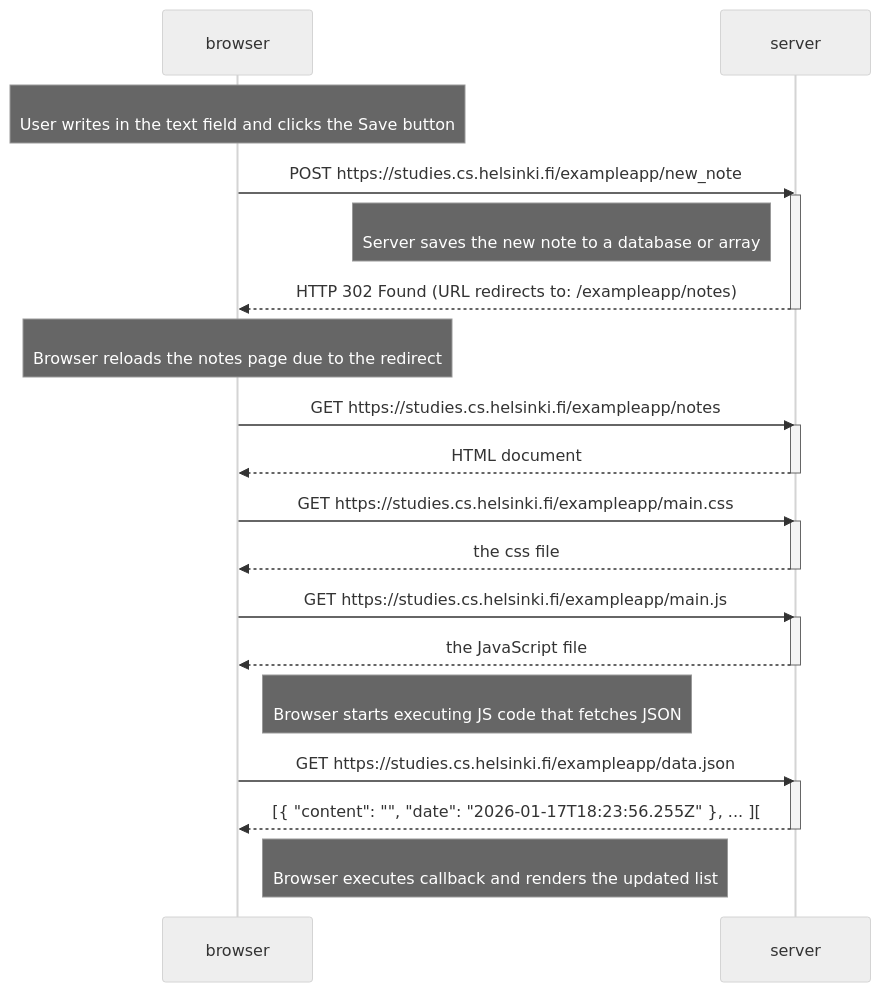
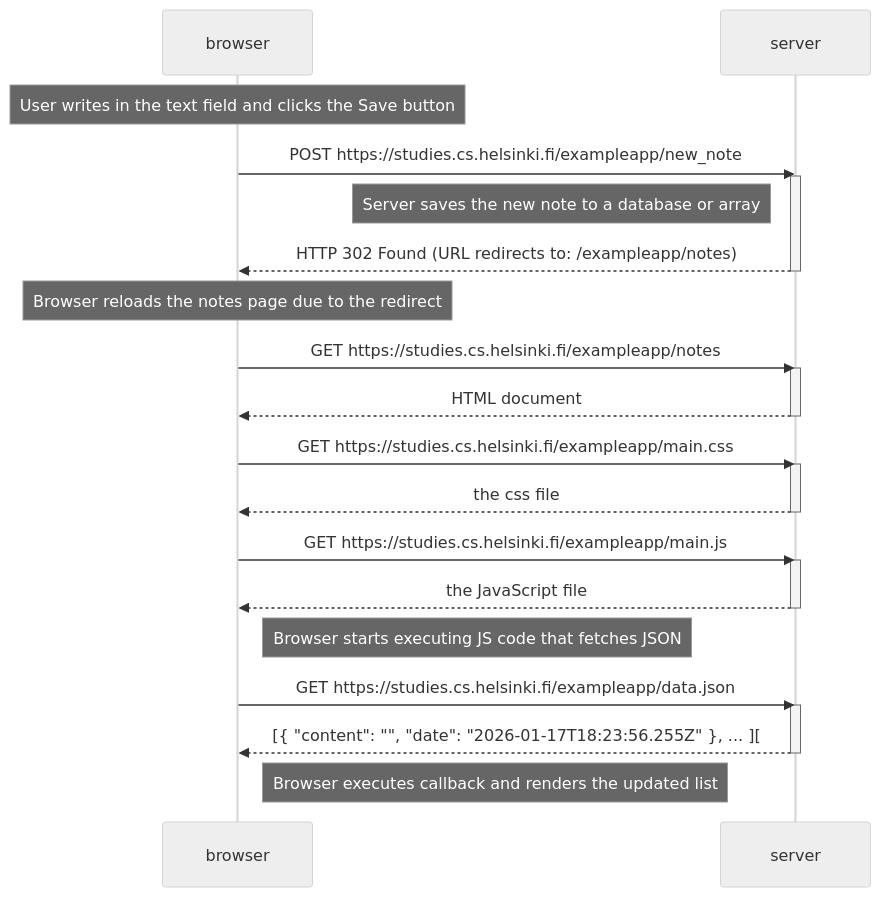
Before and after one commit to hblovo/FullStackOpen: the diagram in Part0/exercise_0.4.md, drawn with Mermaid (neutral theme). The commit also changed 5 other files, not shown here.

````diff
--- a/Part0/exercise_0.4.md
+++ b/Part0/exercise_0.4.md
@@ -1,39 +1,39 @@
 ```mermaid
 sequenceDiagram
     participant browser
     participant server
 
-    Note over browser: <br/>User writes in the text field and clicks the Save button
+    Note over browser: User writes in the text field and clicks the Save button
 
     browser->>server: POST https://studies.cs.helsinki.fi/exampleapp/new_note
     activate server
-    Note left of server:<br/>Server saves the new note to a database or array
+    Note left of server:Server saves the new note to a database or array
     server-->>browser: HTTP 302 Found (URL redirects to: /exampleapp/notes)
     deactivate server
 
-    Note over browser: <br/>Browser reloads the notes page due to the redirect
+    Note over browser: Browser reloads the notes page due to the redirect
 
     browser->>server: GET https://studies.cs.helsinki.fi/exampleapp/notes
     activate server
     server-->>browser: HTML document
     deactivate server
 
     browser->>server: GET https://studies.cs.helsinki.fi/exampleapp/main.css
     activate server
     server-->>browser: the css file
     deactivate server
 
     browser->>server: GET https://studies.cs.helsinki.fi/exampleapp/main.js
     activate server
     server-->>browser: the JavaScript file
     deactivate server
 
-    Note right of browser: <br/>Browser starts executing JS code that fetches JSON
+    Note right of browser: Browser starts executing JS code that fetches JSON
 
     browser->>server: GET https://studies.cs.helsinki.fi/exampleapp/data.json
     activate server
     server-->>browser: [{ "content": "", "date": "2026-01-17T18:23:56.255Z" }, ... ][
     deactivate server
 
-    Note right of browser: <br/>Browser executes callback and renders the updated list
+    Note right of browser: Browser executes callback and renders the updated list
 ```
````
